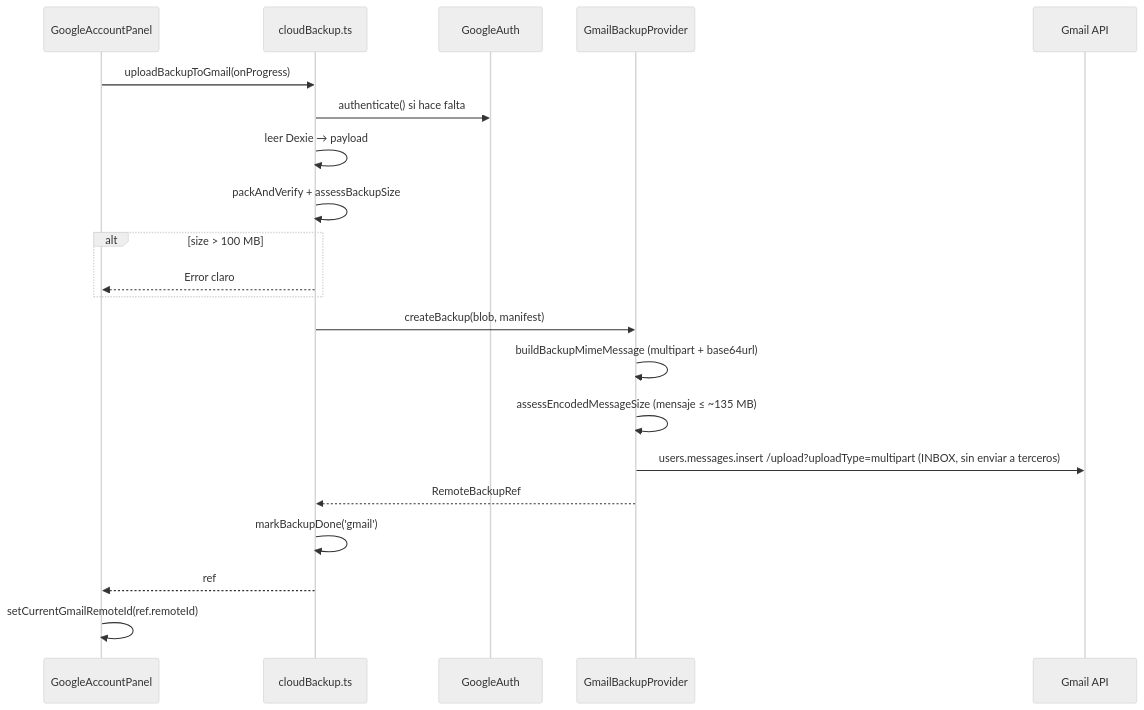
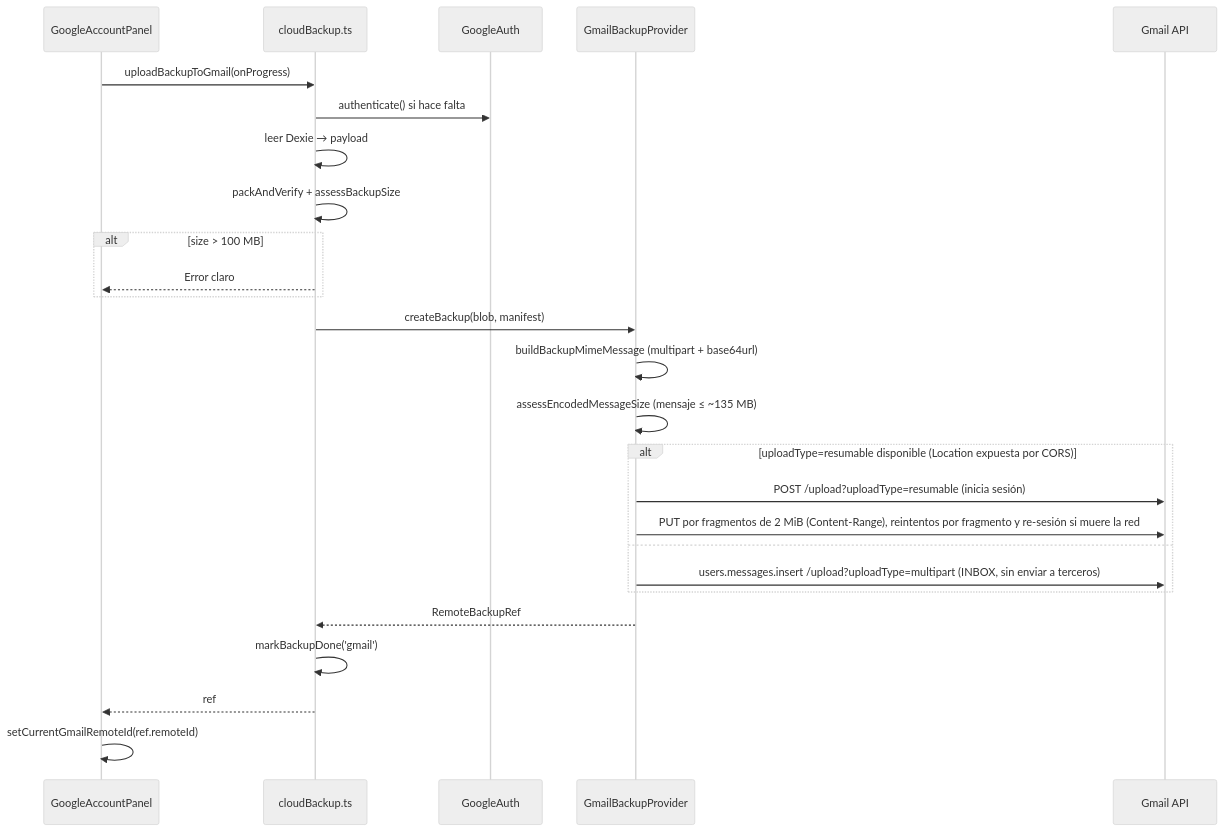
Before and after one commit to RonnySandoval/maintmanage: the third of 5 diagrams in docs/backup-gmail-plan.md, drawn with Mermaid (neutral theme). The commit also changed other lines of this file and 10 other files, not shown here.

Commit message:
Robustez de copias: ancho de card, Gmail 2 MiB + re-sesion, carpeta sin permiso a ZIP, y detalles tecnicos tras Ver mas

````diff
--- a/docs/backup-gmail-plan.md
+++ b/docs/backup-gmail-plan.md
@@ -173,24 +173,29 @@
 ```mermaid
 sequenceDiagram
   participant UI as GoogleAccountPanel
   participant Cloud as cloudBackup.ts
   participant Auth as GoogleAuth
   participant Gmail as GmailBackupProvider
   participant API as Gmail API
 
   UI->>Cloud: uploadBackupToGmail(onProgress)
   Cloud->>Auth: authenticate() si hace falta
   Cloud->>Cloud: leer Dexie → payload
   Cloud->>Cloud: packAndVerify + assessBackupSize
   alt size > 100 MB
     Cloud-->>UI: Error claro
   end
   Cloud->>Gmail: createBackup(blob, manifest)
   Gmail->>Gmail: buildBackupMimeMessage (multipart + base64url)
   Gmail->>Gmail: assessEncodedMessageSize (mensaje ≤ ~135 MB)
-  Gmail->>API: users.messages.insert /upload?uploadType=multipart (INBOX, sin enviar a terceros)
+  alt uploadType=resumable disponible (Location expuesta por CORS)
+    Gmail->>API: POST /upload?uploadType=resumable (inicia sesión)
+    Gmail->>API: PUT por fragmentos de 2 MiB (Content-Range), reintentos por fragmento y re-sesión si muere la red
+  else
+    Gmail->>API: users.messages.insert /upload?uploadType=multipart (INBOX, sin enviar a terceros)
+  end
   Gmail-->>Cloud: RemoteBackupRef
   Cloud->>Cloud: markBackupDone('gmail')
   Cloud-->>UI: ref
   UI->>UI: setCurrentGmailRemoteId(ref.remoteId)
 ```
````
